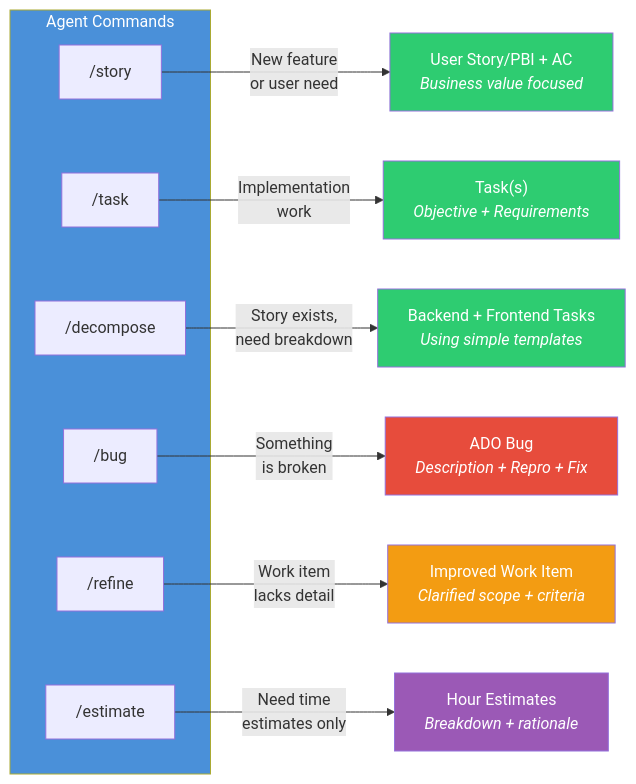
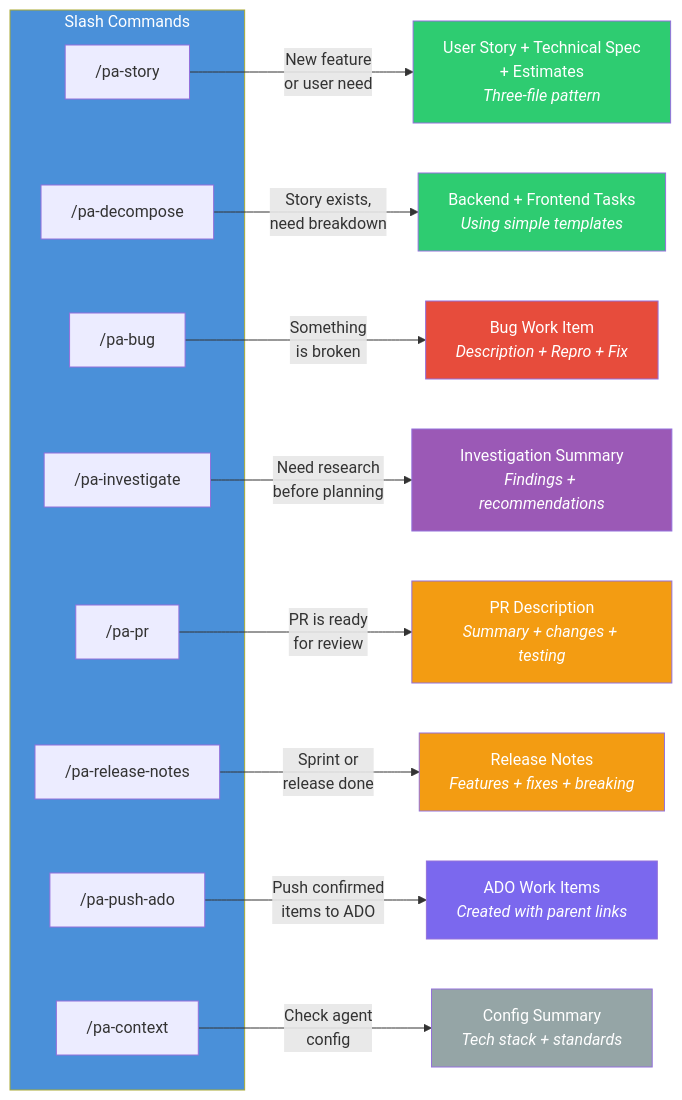
Before and after one commit to dnewton-brocksolutions/copilot-product-analyst: the fifth of 6 diagrams in documentation/PA-AGENT-DIAGRAMS.md, drawn with Mermaid. The commit also changed other lines of this file, not shown here.

Commit message:
refactor: update PA agent diagrams and documentation for clarity and consistency

````diff
--- a/documentation/PA-AGENT-DIAGRAMS.md
+++ b/documentation/PA-AGENT-DIAGRAMS.md
@@ -221,26 +209,32 @@
 ```mermaid
 flowchart LR
-    subgraph Commands["Agent Commands"]
-        C1["/story"]
-        C2["/task"]
-        C3["/decompose"]
-        C4["/bug"]
-        C5["/refine"]
-        C6["/estimate"]
+    subgraph Commands["Slash Commands"]
+        C1["/pa-story"]
+        C2["/pa-decompose"]
+        C3["/pa-bug"]
+        C4["/pa-investigate"]
+        C5["/pa-pr"]
+        C6["/pa-release-notes"]
+        C7["/pa-push-ado"]
+        C8["/pa-context"]
     end
 
-    C1 -->|"New feature<br/>or user need"| O1["User Story/PBI + AC<br/><i>Business value focused</i>"]
-    C2 -->|"Implementation<br/>work"| O2["Task(s)<br/><i>Objective + Requirements</i>"]
-    C3 -->|"Story exists,<br/>need breakdown"| O3["Backend + Frontend Tasks<br/><i>Using simple templates</i>"]
-    C4 -->|"Something<br/>is broken"| O4["ADO Bug<br/><i>Description + Repro + Fix</i>"]
-    C5 -->|"Work item<br/>lacks detail"| O5["Improved Work Item<br/><i>Clarified scope + criteria</i>"]
-    C6 -->|"Need time<br/>estimates only"| O6["Hour Estimates<br/><i>Breakdown + rationale</i>"]
+    C1 -->|"New feature<br/>or user need"| O1["User Story + Technical Spec<br/>+ Estimates<br/><i>Three-file pattern</i>"]
+    C2 -->|"Story exists,<br/>need breakdown"| O2["Backend + Frontend Tasks<br/><i>Using simple templates</i>"]
+    C3 -->|"Something<br/>is broken"| O3["Bug Work Item<br/><i>Description + Repro + Fix</i>"]
+    C4 -->|"Need research<br/>before planning"| O4["Investigation Summary<br/><i>Findings + recommendations</i>"]
+    C5 -->|"PR is ready<br/>for review"| O5["PR Description<br/><i>Summary + changes + testing</i>"]
+    C6 -->|"Sprint or<br/>release done"| O6["Release Notes<br/><i>Features + fixes + breaking</i>"]
+    C7 -->|"Push confirmed<br/>items to ADO"| O7["ADO Work Items<br/><i>Created with parent links</i>"]
+    C8 -->|"Check agent<br/>config"| O8["Config Summary<br/><i>Tech stack + standards</i>"]
 
     style Commands fill:#4A90D9,color:#fff
     style O1 fill:#2ECC71,color:#fff
     style O2 fill:#2ECC71,color:#fff
-    style O3 fill:#2ECC71,color:#fff
-    style O4 fill:#E74C3C,color:#fff
+    style O3 fill:#E74C3C,color:#fff
+    style O4 fill:#9B59B6,color:#fff
     style O5 fill:#F39C12,color:#fff
-    style O6 fill:#9B59B6,color:#fff
+    style O6 fill:#F39C12,color:#fff
+    style O7 fill:#7B68EE,color:#fff
+    style O8 fill:#95A5A6,color:#fff
 ```
````
